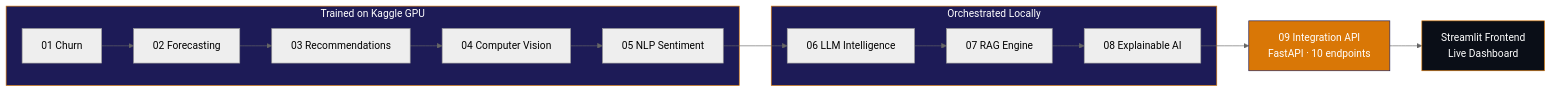
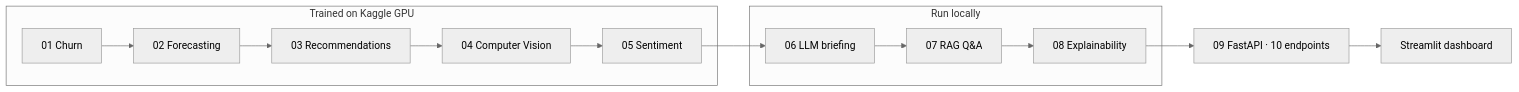
One commit to hamazmubashar/streamintel360 changed the diagram in README.md. Above: the diagram before and after it, drawn with Mermaid (neutral theme). The commit also changed other lines of this file, not shown here.

````diff
--- a/README.md
+++ b/README.md
@@ -43,21 +59,16 @@
 ```mermaid
 flowchart LR
     subgraph Kaggle["Trained on Kaggle GPU"]
         A[01 Churn] --> B[02 Forecasting]
         B --> C[03 Recommendations]
         C --> D[04 Computer Vision]
-        D --> E[05 NLP Sentiment]
+        D --> E[05 Sentiment]
     end
-    subgraph Local["Orchestrated Locally"]
-        F[06 LLM Intelligence] --> G[07 RAG Engine]
-        G --> H[08 Explainable AI]
+    subgraph Local["Run locally"]
+        F[06 LLM briefing] --> G[07 RAG Q&A]
+        G --> H[08 Explainability]
     end
     E --> F
-    H --> I[09 Integration API<br/>FastAPI · 10 endpoints]
-    I --> J[Streamlit Frontend<br/>Live Dashboard]
-
-    style Kaggle fill:#1D1B57,stroke:#D97706,color:#fff
-    style Local fill:#1D1B57,stroke:#D97706,color:#fff
-    style I fill:#D97706,stroke:#1D1B57,color:#fff
-    style J fill:#0A0E17,stroke:#D97706,color:#fff
+    H --> I[09 FastAPI · 10 endpoints]
+    I --> J[Streamlit dashboard]
 ```
````
